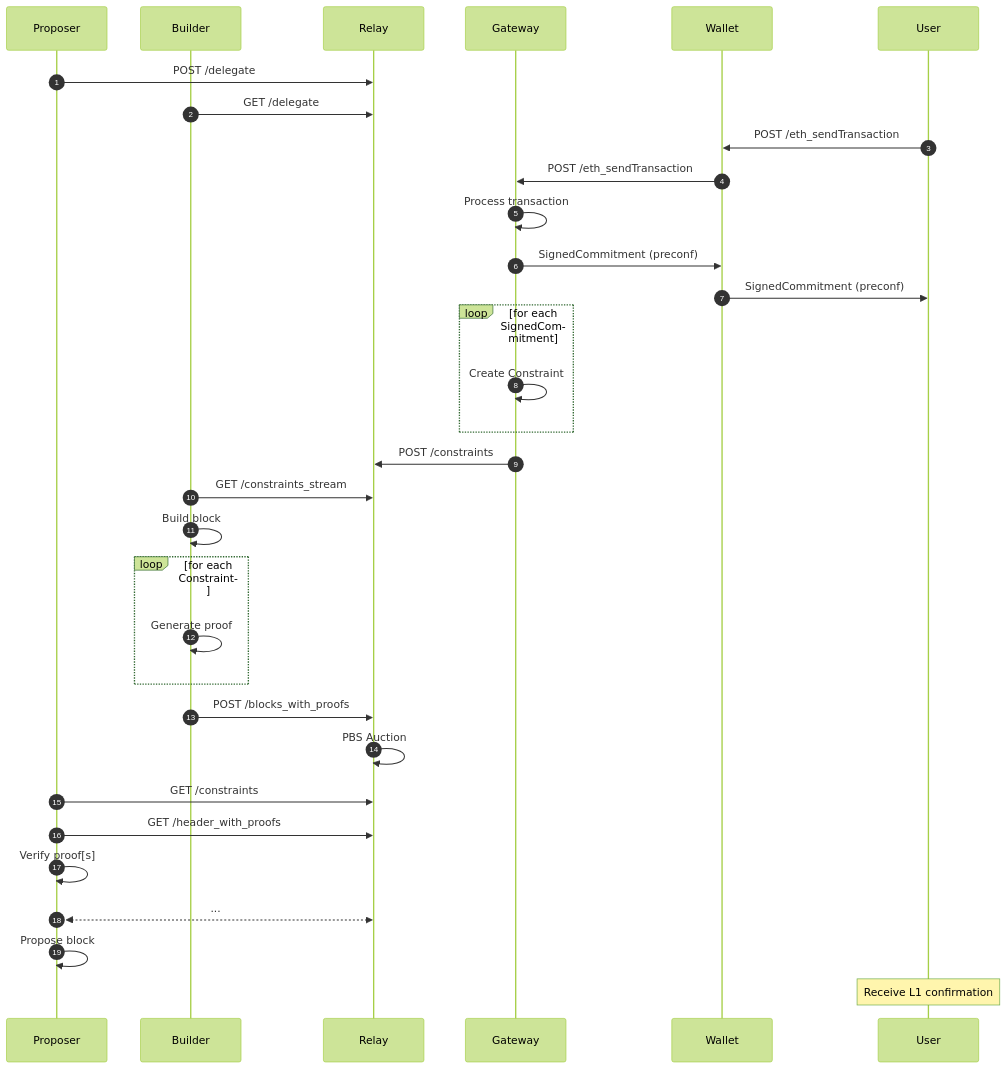
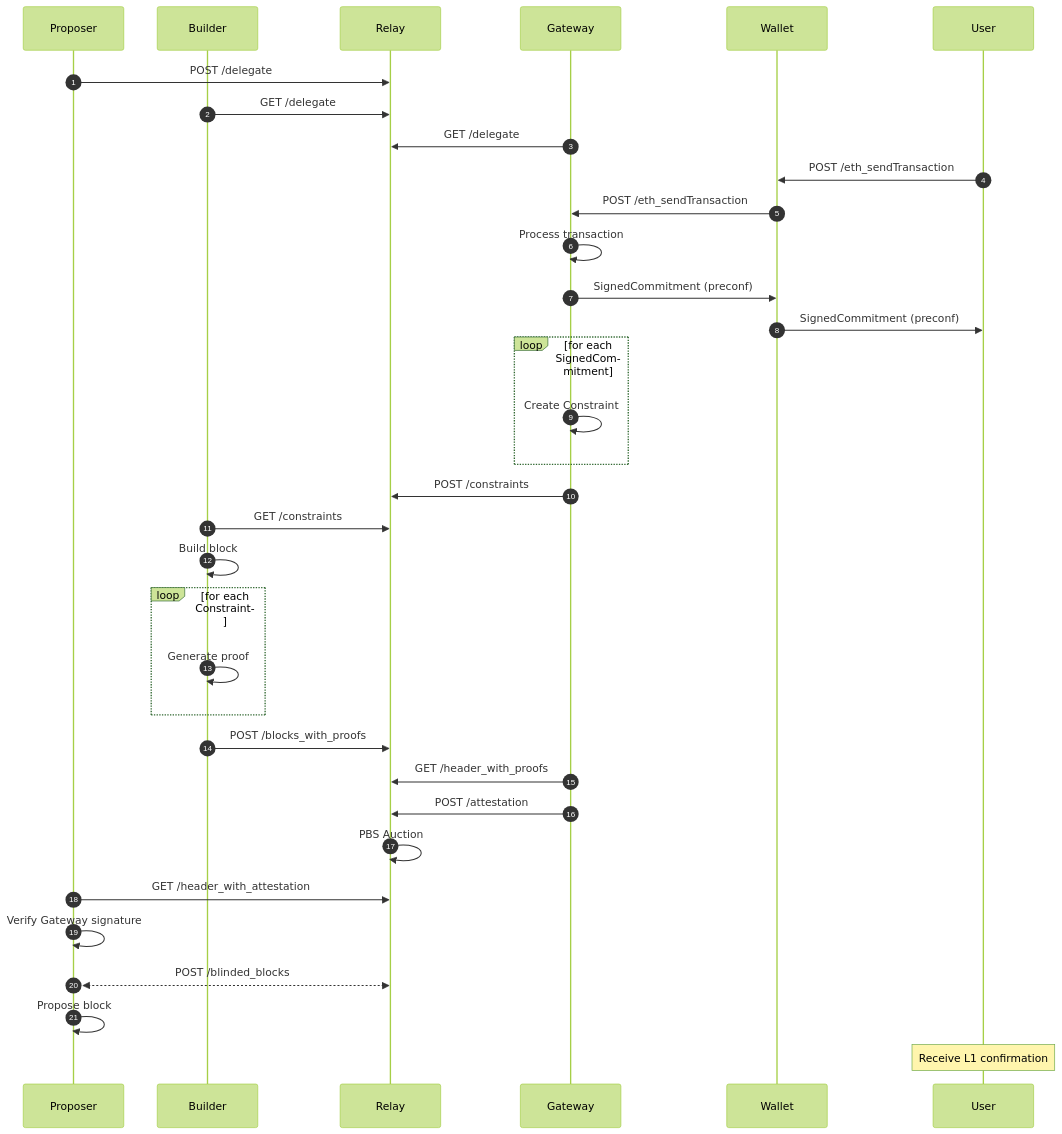
Before and after one commit to eth-fabric/constraints-specs: the diagram in specs/constraints-api.md, drawn with Mermaid (forest theme). The commit also changed other lines of this file and 1 other file, not shown here.

````diff
--- a/specs/constraints-api.md
+++ b/specs/constraints-api.md
@@ -528,36 +623,38 @@
 ```mermaid
 sequenceDiagram
 autonumber
     participant Proposer
     participant Builder
     participant Relay
     participant Gateway
     participant Wallet
     participant User
 
     Proposer->>Relay: POST /delegate
     Builder->>Relay: GET /delegate
+    Gateway->>Relay: GET /delegate
     User->>Wallet: POST /eth_sendTransaction
     Wallet->>Gateway: POST /eth_sendTransaction
     Gateway->>Gateway: Process transaction
     Gateway->>Wallet: SignedCommitment (preconf)
     Wallet->>User: SignedCommitment (preconf)
     Loop for each SignedCommitment
         Gateway->>Gateway: Create Constraint
     end
     Gateway->>Relay: POST /constraints
-    Builder->>Relay: GET /constraints_stream
+    Builder->>Relay: GET /constraints
     Builder->>Builder: Build block
 
     Loop for each Constraint
         Builder->>Builder: Generate proof
     end
     Builder->>Relay: POST /blocks_with_proofs
+    Gateway->>Relay: GET /header_with_proofs
+    Gateway->>Relay: POST /attestation
     Relay->>Relay: PBS Auction
-    Proposer->>Relay: GET /constraints
-    Proposer->>Relay: GET /header_with_proofs
-    Proposer->>Proposer: Verify proof[s]
-    Proposer<<-->>Relay: ...
+    Proposer->>Relay: GET /header_with_attestation
+    Proposer->>Proposer: Verify Gateway signature
+    Proposer<<-->>Relay: POST /blinded_blocks
     Proposer->>Proposer: Propose block
     Note over User: Receive L1 confirmation
 ```
````
